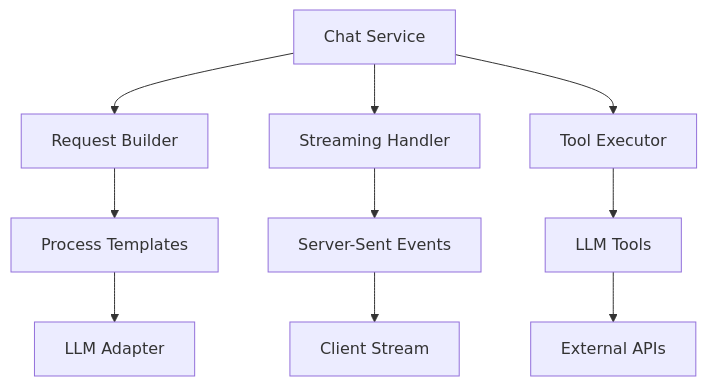
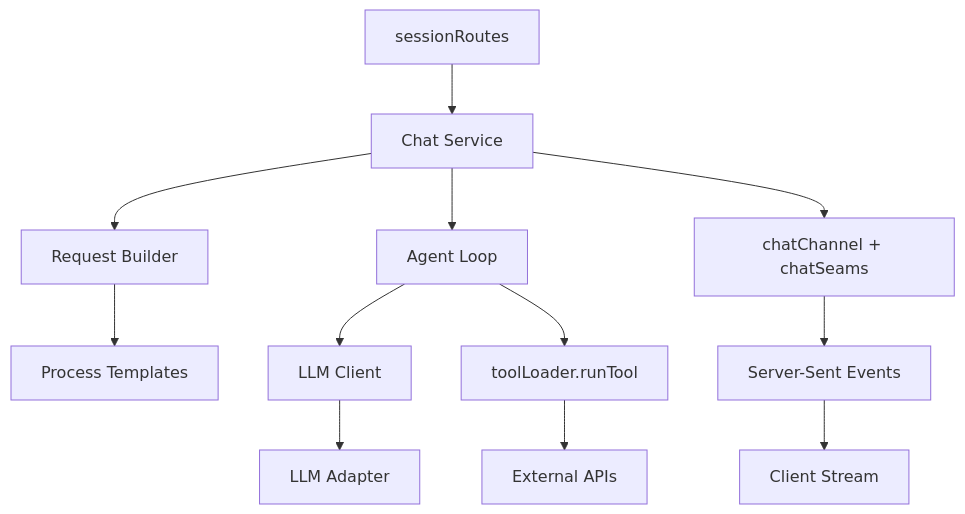
The fifth of 5 diagrams in docs/developer-onboarding.md (intrafind/ihub-apps), drawn with Mermaid before and after one commit. The commit also changed other lines of this file and 50 other files, not shown here.

````diff
--- a/docs/developer-onboarding.md
+++ b/docs/developer-onboarding.md
@@ -454,14 +454,16 @@
 ```mermaid
 graph TB
-    ChatService[Chat Service] --> RequestBuilder[Request Builder]
-    ChatService --> StreamingHandler[Streaming Handler]
-    ChatService --> ToolExecutor[Tool Executor]
-    
+    Routes[sessionRoutes] --> ChatService[Chat Service]
+    ChatService --> RequestBuilder[Request Builder]
+    ChatService --> AgentLoop[Agent Loop]
+    ChatService --> Projection[chatChannel + chatSeams]
+
     RequestBuilder --> Templates[Process Templates]
-    StreamingHandler --> SSE[Server-Sent Events]
-    ToolExecutor --> Tools[LLM Tools]
-    
-    Templates --> LLMAdapter[LLM Adapter]
+    AgentLoop --> LLMClient[LLM Client]
+    AgentLoop --> Tools[toolLoader.runTool]
+    LLMClient --> LLMAdapter[LLM Adapter]
+    Tools --> External[External APIs]
+
+    Projection --> SSE[Server-Sent Events]
     SSE --> Client[Client Stream]
-    Tools --> External[External APIs]
 ```
````
